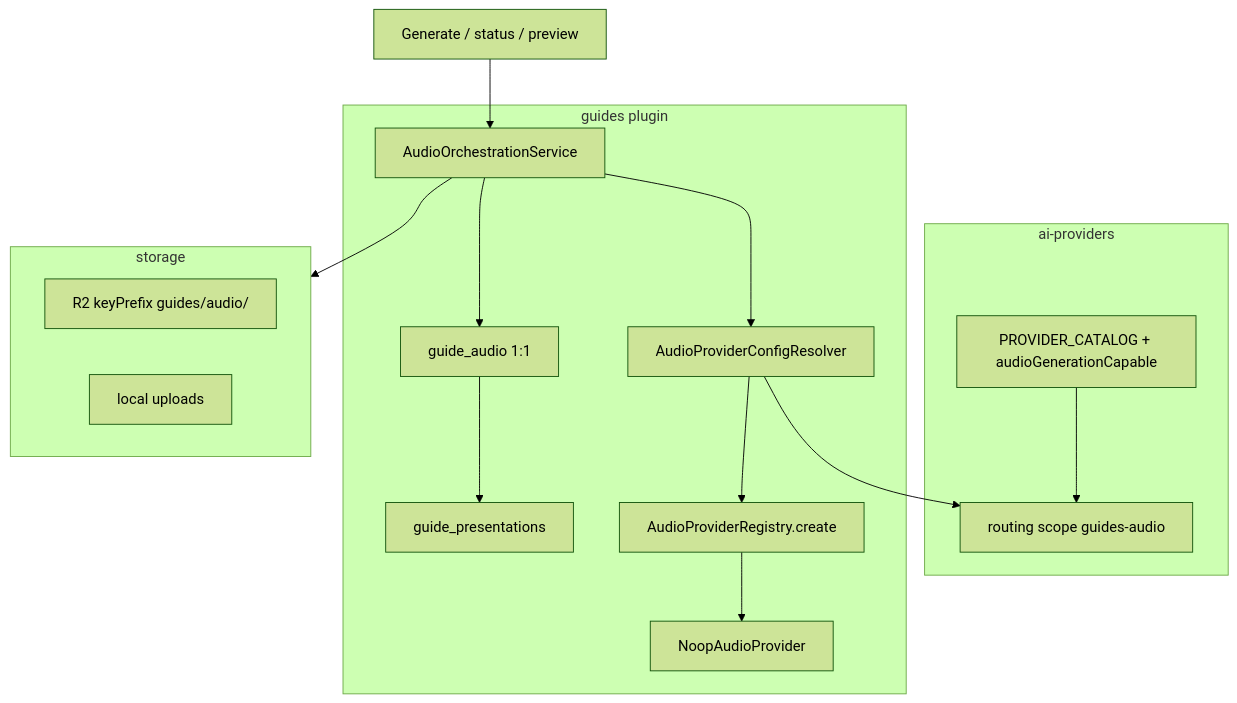
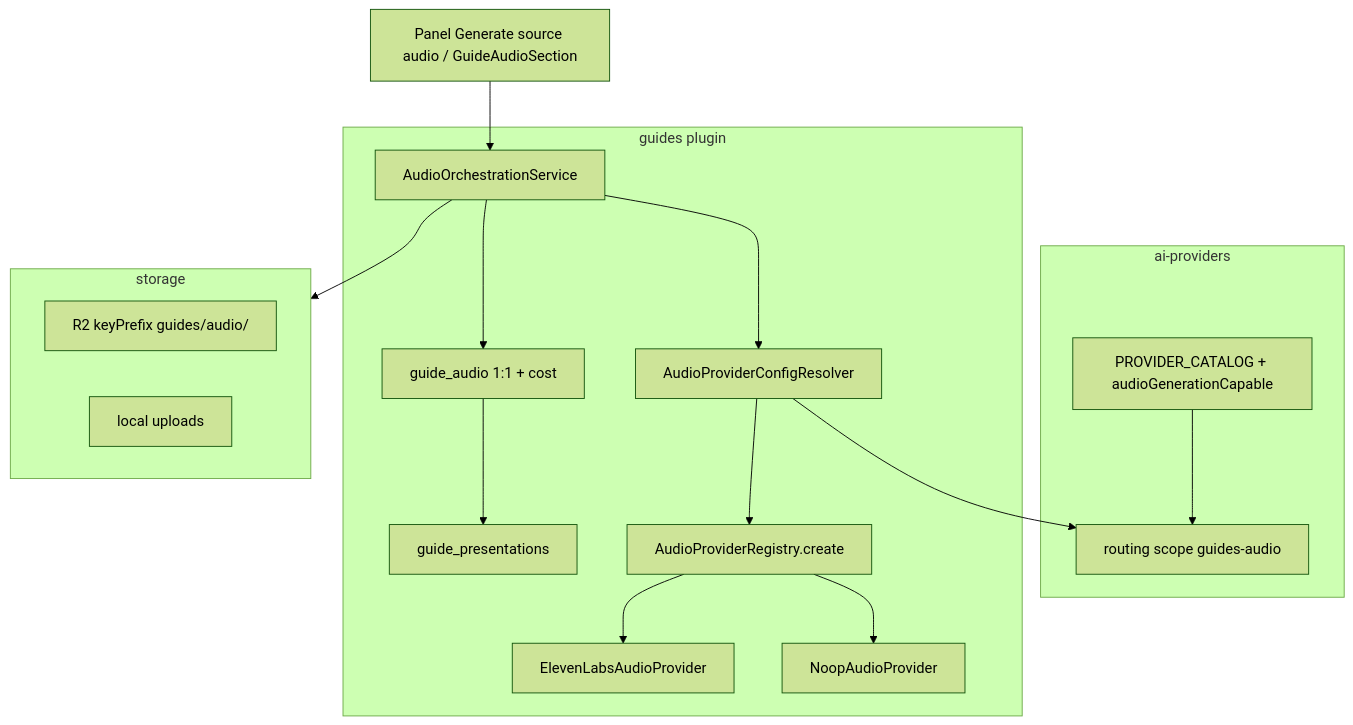
Before and after one commit to cyanostudios/homebase: the diagram in docs/ai/adr/P-AUDIO_GENERATION_PREP.md, drawn with Mermaid (forest theme). The commit also changed other lines of this file and 2 other files, not shown here.

First line of the commit message:
docs(guides): sync audio prep CHANGELOG and ADR after QA/Security

````diff
--- a/docs/ai/adr/P-AUDIO_GENERATION_PREP.md
+++ b/docs/ai/adr/P-AUDIO_GENERATION_PREP.md
@@ -27,27 +30,29 @@
 ```mermaid
 flowchart TB
   subgraph settings [ai-providers]
     Catalog["PROVIDER_CATALOG + audioGenerationCapable"]
     RouteAudio["routing scope guides-audio"]
   end
   subgraph guides [guides plugin]
     Pres["guide_presentations"]
-    AudioMeta["guide_audio 1:1"]
+    AudioMeta["guide_audio 1:1 + cost"]
     Resolver["AudioProviderConfigResolver"]
     Reg["AudioProviderRegistry.create"]
+    Eleven["ElevenLabsAudioProvider"]
     Noop["NoopAudioProvider"]
     Orch["AudioOrchestrationService"]
   end
   subgraph storage [storage]
     R2["R2 keyPrefix guides/audio/"]
     Local["local uploads"]
   end
-  UI["Generate / status / preview"] --> Orch
+  UI["Panel Generate source audio / GuideAudioSection"] --> Orch
   Orch --> Resolver
   Resolver --> RouteAudio
-  Resolver --> Reg --> Noop
+  Resolver --> Reg --> Eleven
+  Reg --> Noop
   Orch --> storage
   Orch --> AudioMeta
   AudioMeta --> Pres
   Catalog --> RouteAudio
 ```
````
